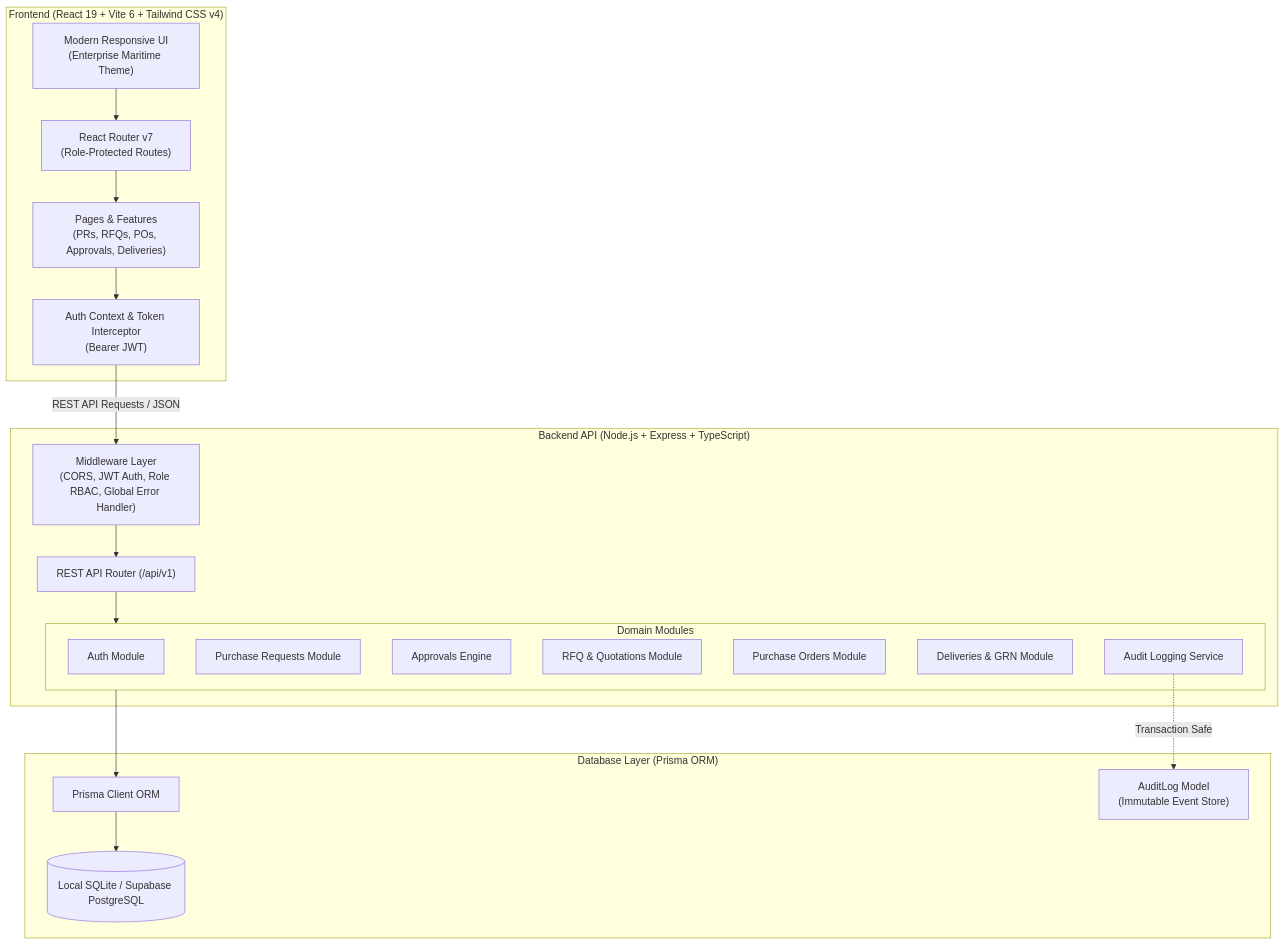
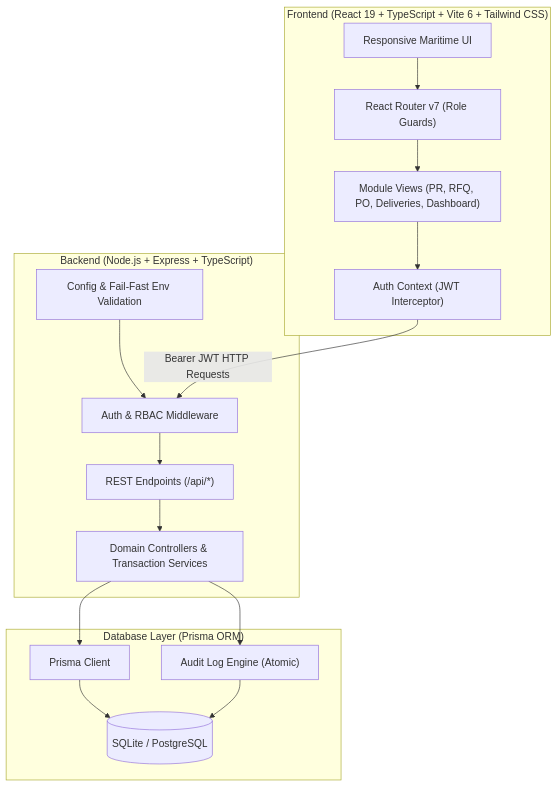
Before and after one commit to Rajan14-11/maritime-procurement-system: the second of 3 diagrams in README.md, drawn with Mermaid. The commit also changed other lines of this file and 22 other files, not shown here.

````diff
--- a/README.md
+++ b/README.md
@@ -35,40 +95,31 @@
 ```mermaid
 flowchart TD
-    subgraph Client["Frontend (React 19 + Vite 6 + Tailwind CSS v4)"]
-        UI["Modern Responsive UI\n(Enterprise Maritime Theme)"]
-        Router["React Router v7\n(Role-Protected Routes)"]
-        AuthCtx["Auth Context & Token Interceptor\n(Bearer JWT)"]
-        Pages["Pages & Features\n(PRs, RFQs, POs, Approvals, Deliveries)"]
+    subgraph Client["Frontend (React 19 + TypeScript + Vite 6 + Tailwind CSS)"]
+        UI["Responsive Maritime UI"]
+        Router["React Router v7 (Role Guards)"]
+        AuthCtx["Auth Context (JWT Interceptor)"]
+        Pages["Module Views (PR, RFQ, PO, Deliveries, Dashboard)"]
         UI --> Router --> Pages
         Pages --> AuthCtx
     end
 
-    subgraph Server["Backend API (Node.js + Express + TypeScript)"]
-        MW["Middleware Layer\n(CORS, JWT Auth, Role RBAC, Global Error Handler)"]
-        RouterAPI["REST API Router (/api/v1)"]
-        
-        subgraph Modules["Domain Modules"]
-            AuthMod["Auth Module"]
-            PRMod["Purchase Requests Module"]
-            ApprMod["Approvals Engine"]
-            RfqMod["RFQ & Quotations Module"]
-            POMod["Purchase Orders Module"]
-            DelivMod["Deliveries & GRN Module"]
-            AuditMod["Audit Logging Service"]
-        end
-
-        MW --> RouterAPI
-        RouterAPI --> Modules
+    subgraph Server["Backend (Node.js + Express + TypeScript)"]
+        Config["Config & Fail-Fast Env Validation"]
+        MW["Auth & RBAC Middleware"]
+        API["REST Endpoints (/api/*)"]
+        Services["Domain Controllers & Transaction Services"]
+        Config --> MW --> API --> Services
     end
 
-    subgraph Data["Database Layer (Prisma ORM)"]
-        Prisma["Prisma Client ORM"]
-        Audit["AuditLog Model\n(Immutable Event Store)"]
-        DB[(Local SQLite / Supabase PostgreSQL)]
-        Modules --> Prisma
+    subgraph Storage["Database Layer (Prisma ORM)"]
+        Prisma["Prisma Client"]
+        Audit["Audit Log Engine (Atomic)"]
+        DB[(SQLite / PostgreSQL)]
+        Services --> Prisma
+        Services --> Audit
         Prisma --> DB
-        AuditMod -.->|Transaction Safe| Audit
+        Audit --> DB
     end
 
-    AuthCtx -->|REST API Requests / JSON| MW
+    AuthCtx -->|Bearer JWT HTTP Requests| MW
 ```
````
